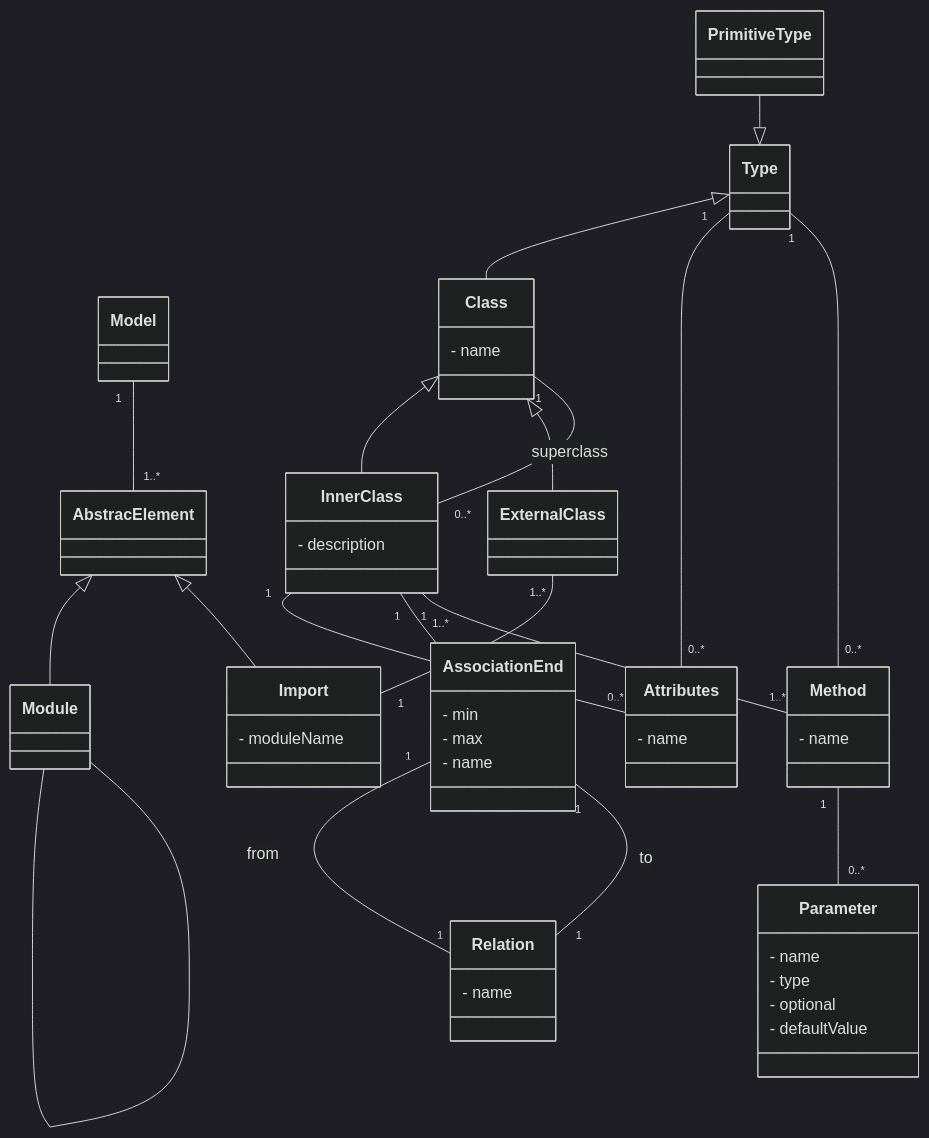
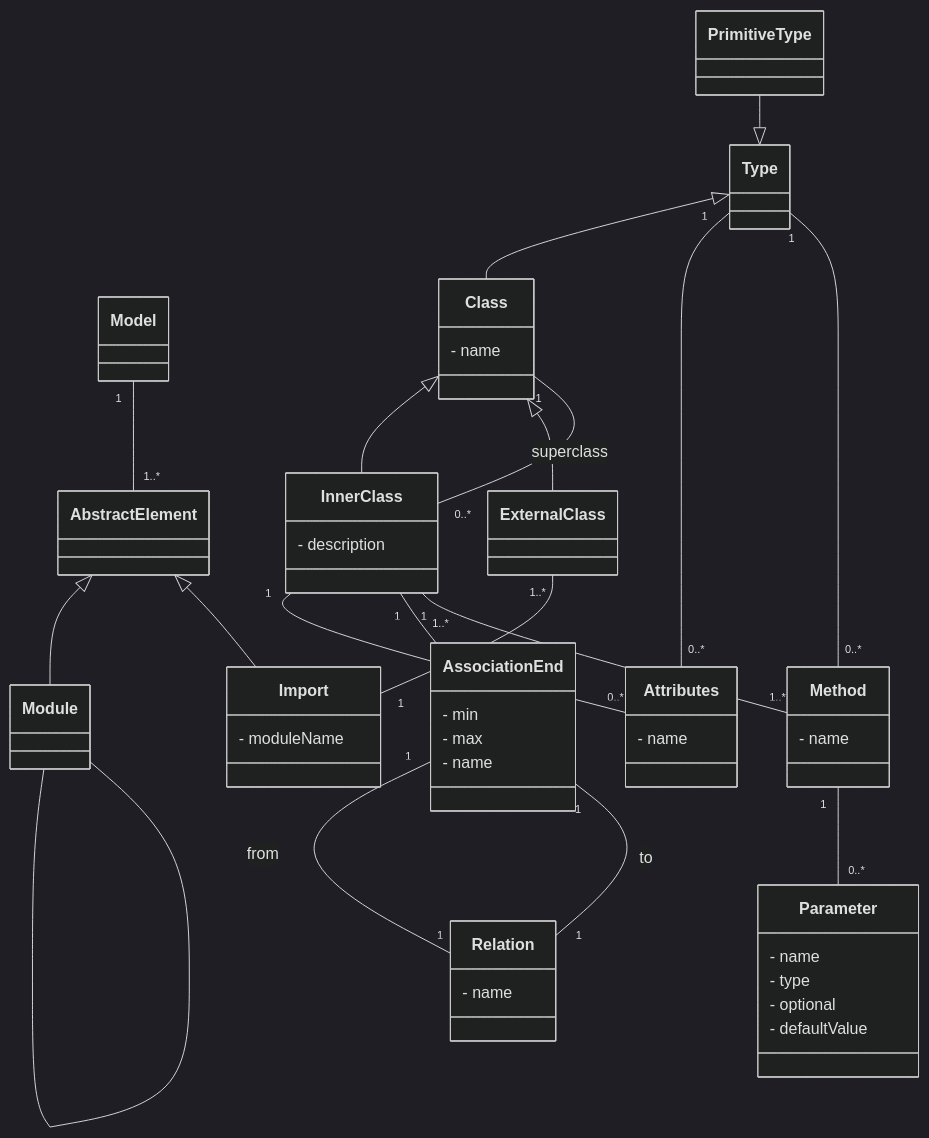
Before and after one commit to Nicolas-Botelho/leds-tools-public: the third of 3 diagrams in docs/spark/4_spark_advanced/3_Architecture/2_understandTopLayer.mdx, drawn with Mermaid (dark theme). The commit also changed 19 other files, not shown here.

````diff
--- a/docs/spark/4_spark_advanced/3_Architecture/2_understandTopLayer.mdx
+++ b/docs/spark/4_spark_advanced/3_Architecture/2_understandTopLayer.mdx
@@ -39,75 +39,75 @@
 ```mermaid
 classDiagram
     class Model
     
-    class AbstracElement
+    class AbstractElement
     
     class Module
     
     class Type
 
     class PrimitiveType
 
     class Class {
         - name
     }
 
     class InnerClass {
         - description
     }
 
     class ExternalClass
 
     class Import {
         - moduleName
     }
     
     class Attributes {
         - name
     }
 
     class AssociationEnd {
         - min
         - max
         - name
     }
 
     class Relation {
         - name
     }
 
     class Method {
         - name
     }
 
     class Parameter {
         - name
         - type
         - optional
         - defaultValue
     }
 
-    Model "1" -- "1..*" AbstracElement
-    AbstracElement <|-- Module
-    AbstracElement <|-- Import
+    Model "1" -- "1..*" AbstractElement
+    AbstractElement <|-- Module
+    AbstractElement <|-- Import
 
     Module -- Module
 
     Type <|-- Class
     PrimitiveType --|> Type
     Class <|-- InnerClass
     Class <|-- ExternalClass
 
     Class "1" -- "0..*" InnerClass : superclass
     ExternalClass "1..*" -- "1" Import
     InnerClass "1"--"0..*" Attributes
     Attributes "0..*"--"1" Type
     InnerClass "1"--"1..*" AssociationEnd
     InnerClass "1"--"1..*" Method
 
     Method "0..*"--"1" Type
     Method "1"--"0..*" Parameter
     
     AssociationEnd "1"--"1" Relation : from
     Relation "1"--"1" AssociationEnd : to
 ```
````
